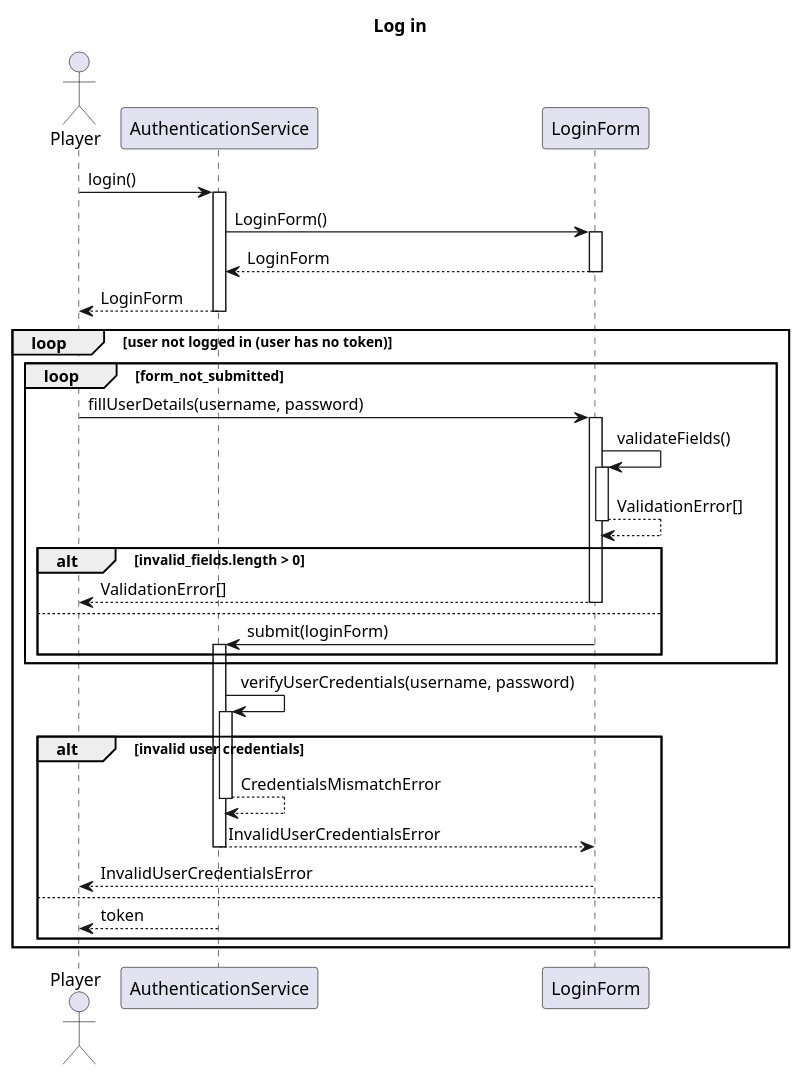
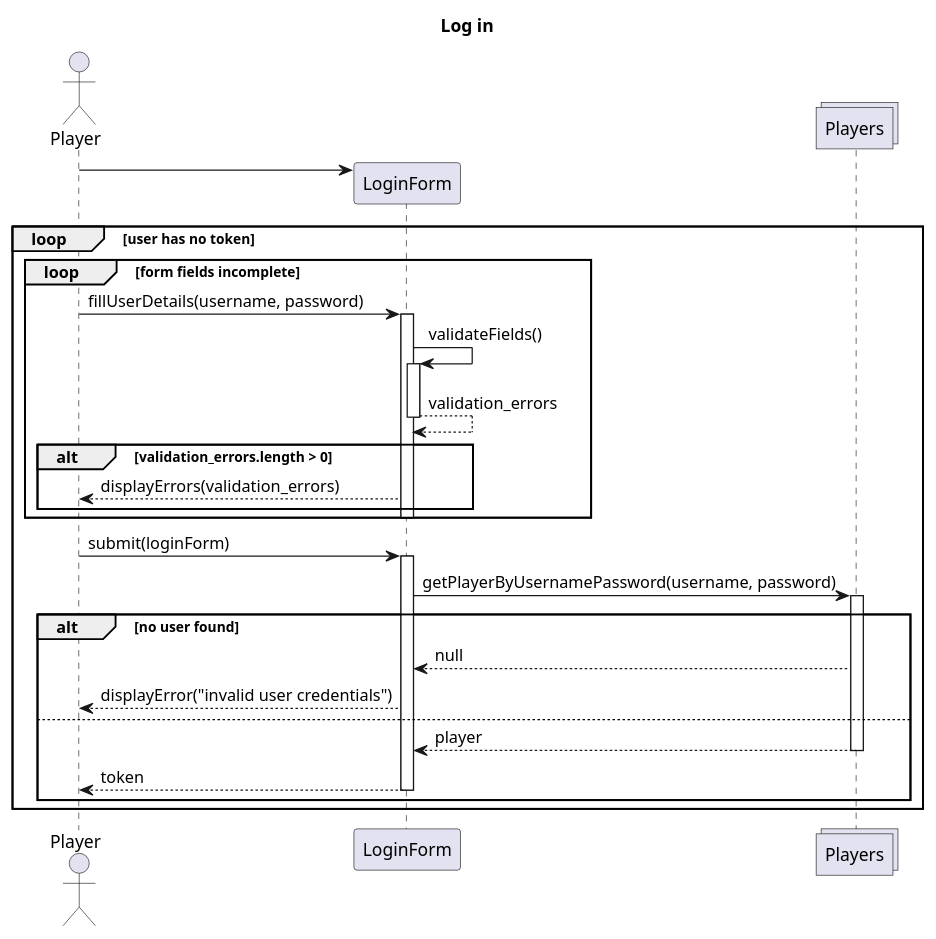
The diagram in docs/preliminary_design_diagrams/sequence_diagrams/login.puml (ECE493-W22-G04/rl-chess), drawn with PlantUML before and after one commit. The commit also changed 1 other file, not shown here.

Commit message:
Simplify login and signup

```diff
--- a/docs/preliminary_design_diagrams/sequence_diagrams/login.puml
+++ b/docs/preliminary_design_diagrams/sequence_diagrams/login.puml
@@ -1,37 +1,42 @@
 @startuml
 
 title Log in
 
-autoactivate on
+actor Player
+participant LoginForm
+collections Players
 
-actor Player
+Player -> LoginForm ** 
 
-Player -> AuthenticationService : login()
-AuthenticationService -> LoginForm : LoginForm()
-return LoginForm
-return LoginForm
+loop user has no token
+    loop form fields incomplete
+        Player -> LoginForm: fillUserDetails(username, password)
+        activate LoginForm
+            LoginForm -> LoginForm : validateFields()
+            activate LoginForm
+            LoginForm --> LoginForm : validation_errors
+            deactivate LoginForm
 
-loop user not logged in (user has no token)
-    loop form_not_submitted
-        Player -> LoginForm: fillUserDetails(username, password)
-        LoginForm -> LoginForm : validateFields()
-        return ValidationError[]
-
-        alt invalid_fields.length > 0
-            return ValidationError[]
-        else
-            LoginForm -> AuthenticationService : submit(loginForm)
-        end
+            alt validation_errors.length > 0
+                LoginForm --> Player : displayErrors(validation_errors)
+            end
+        deactivate LoginForm
     end
 
-    AuthenticationService -> AuthenticationService : verifyUserCredentials(username, password)
-    alt invalid user credentials
-        return CredentialsMismatchError
-        return InvalidUserCredentialsError
-        LoginForm --> Player : InvalidUserCredentialsError
+    Player -> LoginForm : submit(loginForm)
+    activate LoginForm
+    LoginForm -> Players : getPlayerByUsernamePassword(username, password)
+    activate Players
+
+    alt no user found
+        Players --> LoginForm : null
+        LoginForm --> Player : displayError("invalid user credentials")
     else
-        AuthenticationService --> Player : token
+        Players --> LoginForm : player
+        deactivate Players
+        LoginForm --> Player : token
+        deactivate LoginForm
     end
 end
 
 @enduml
```
